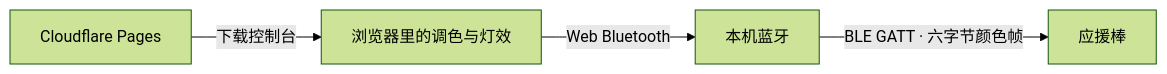
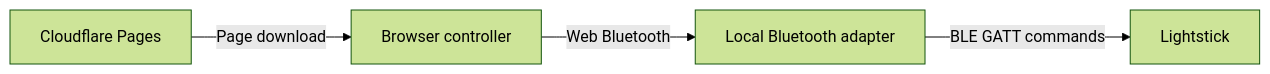
One commit to CloudyMoonShape/wuwa-lightstick changed the diagram in docs/SDK.md. Above: the diagram before and after it, drawn with Mermaid (forest theme). The commit also changed other lines of this file and 68 other files, not shown here.

````diff
--- a/docs/SDK.md
+++ b/docs/SDK.md
@@ -35,6 +42,6 @@
 ```mermaid
 flowchart LR
-  P[Cloudflare Pages] -->|下载控制台| W[浏览器里的调色与灯效]
-  W -->|Web Bluetooth| B[本机蓝牙]
-  B -->|BLE GATT · 六字节颜色帧| S[应援棒]
+  P[Cloudflare Pages] -->|Page download| W[Browser controller]
+  W -->|Web Bluetooth| B[Local Bluetooth adapter]
+  B -->|BLE GATT commands| S[Lightstick]
 ```
````
